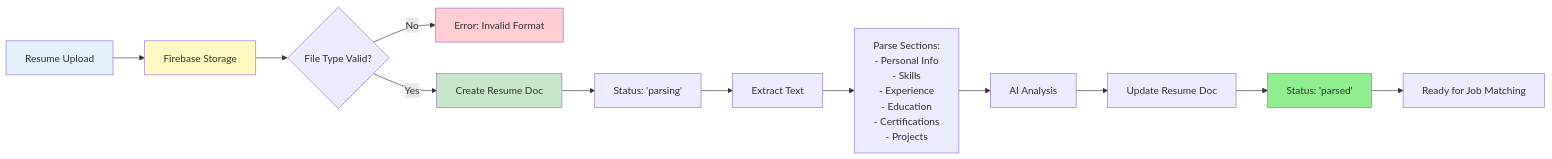
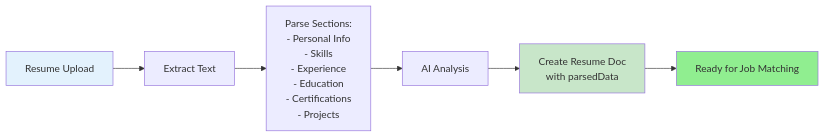
Before and after one commit to AkashRaja123/Skill_Hunter: the second of 10 diagrams in flowchart.md, drawn with Mermaid. The commit also changed other lines of this file and 1 other file, not shown here.

Commit message:
Editing the md files

````diff
--- a/flowchart.md
+++ b/flowchart.md
@@ -64,22 +61,13 @@
 ```mermaid
 flowchart LR
-    A[Resume Upload] --> B[Firebase Storage]
-    B --> C{File Type Valid?}
-    C -->|No| D[Error: Invalid Format]
-    C -->|Yes| E[Create Resume Doc]
+    A[Resume Upload] --> B[Extract Text]
+    B --> C[Parse Sections:<br/>- Personal Info<br/>- Skills<br/>- Experience<br/>- Education<br/>- Certifications<br/>- Projects]
     
-    E --> F[Status: 'parsing']
-    F --> G[Extract Text]
-    G --> H[Parse Sections:<br/>- Personal Info<br/>- Skills<br/>- Experience<br/>- Education<br/>- Certifications<br/>- Projects]
-    
-    H --> I[AI Analysis]
-    I --> J[Update Resume Doc]
-    J --> K[Status: 'parsed']
-    K --> L[Ready for Job Matching]
+    C --> D[AI Analysis]
+    D --> E[Create Resume Doc<br/>with parsedData]
+    E --> F[Ready for Job Matching]
     
     style A fill:#e3f2fd
-    style B fill:#fff9c4
     style E fill:#c8e6c9
-    style K fill:#90ee90
-    style D fill:#ffcdd2
+    style F fill:#90ee90
 ```
````
